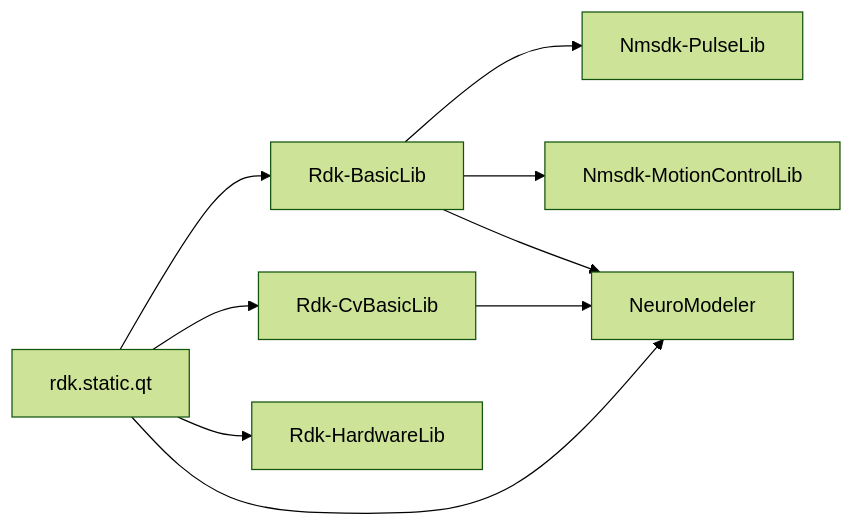
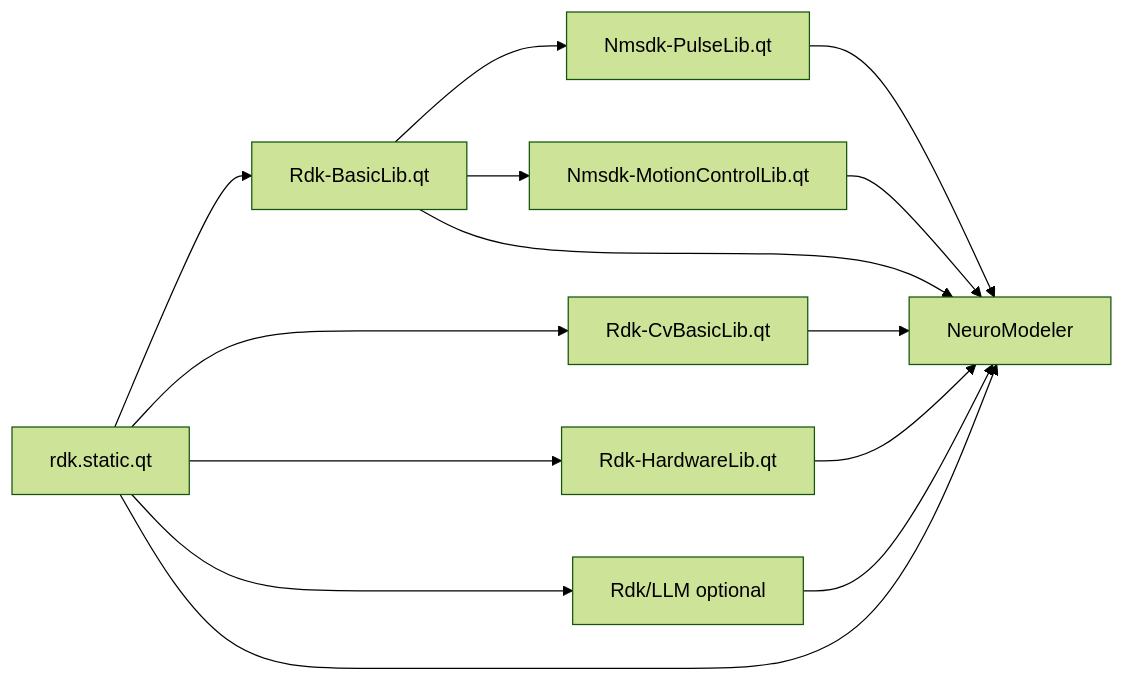
Before and after one commit to aicommunity/Nmsdk: the second of 2 diagrams in Docs/Build-And-Deploy/Build-System.md, drawn with Mermaid (forest theme). The commit also changed other lines of this file and 50 other files, not shown here.

````diff
--- a/Docs/Build-And-Deploy/Build-System.md
+++ b/Docs/Build-And-Deploy/Build-System.md
@@ -65,12 +64,16 @@
 ```mermaid
 flowchart LR
-    RdkCore[rdk.static.qt] --> BasicLib[Rdk-BasicLib]
-    RdkCore --> CvLib[Rdk-CvBasicLib]
-    RdkCore --> HardwareLib[Rdk-HardwareLib]
-    BasicLib --> PulseLib[Nmsdk-PulseLib]
-    BasicLib --> MotionLib[Nmsdk-MotionControlLib]
-    
+    RdkCore[rdk.static.qt] --> BasicLib[Rdk-BasicLib.qt]
+    RdkCore --> CvLib[Rdk-CvBasicLib.qt]
+    RdkCore --> HardwareLib[Rdk-HardwareLib.qt]
+    BasicLib --> PulseLib[Nmsdk-PulseLib.qt]
+    BasicLib --> MotionLib[Nmsdk-MotionControlLib.qt]
+    RdkCore --> LlmMod[Rdk/LLM optional]
     RdkCore --> App[NeuroModeler]
+    LlmMod --> App
     BasicLib --> App
     CvLib --> App
+    HardwareLib --> App
+    PulseLib --> App
+    MotionLib --> App
 ```
````
